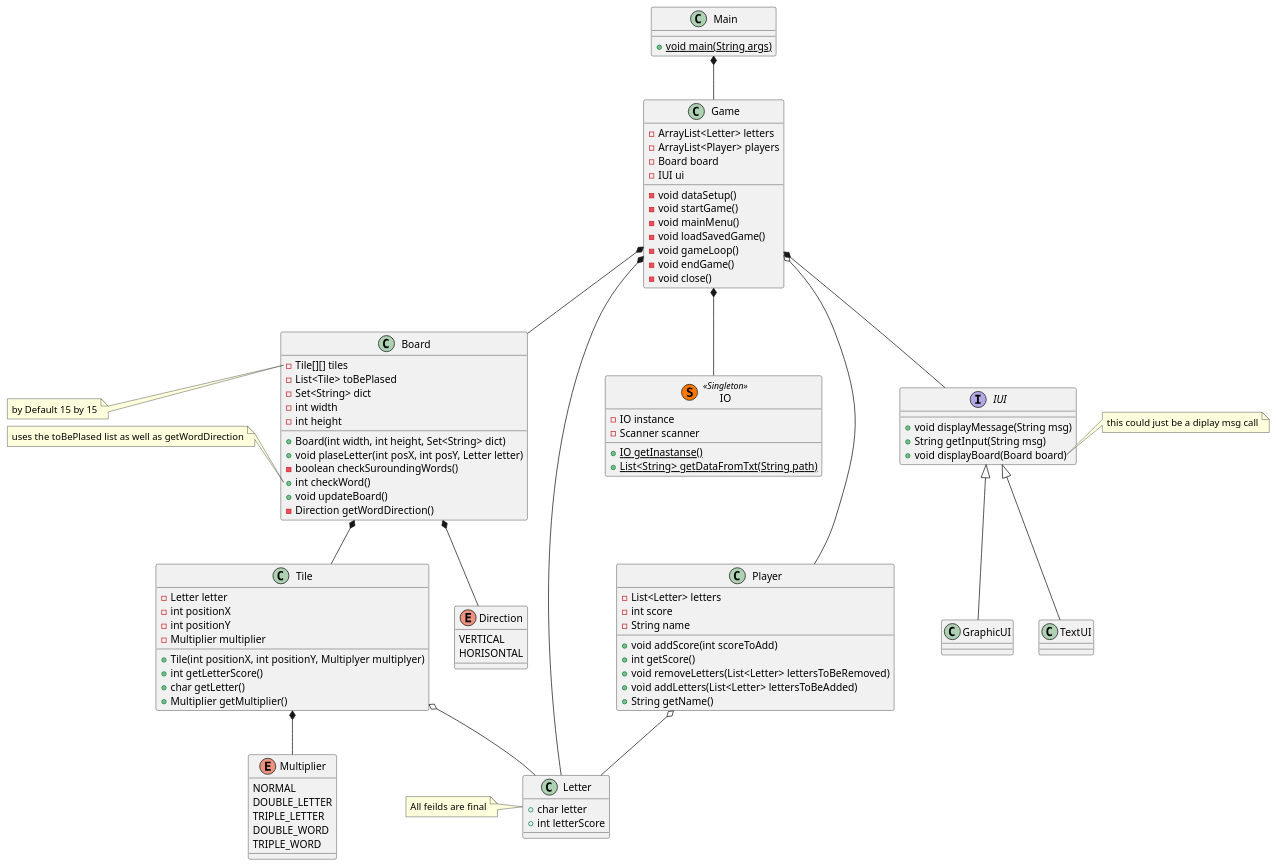
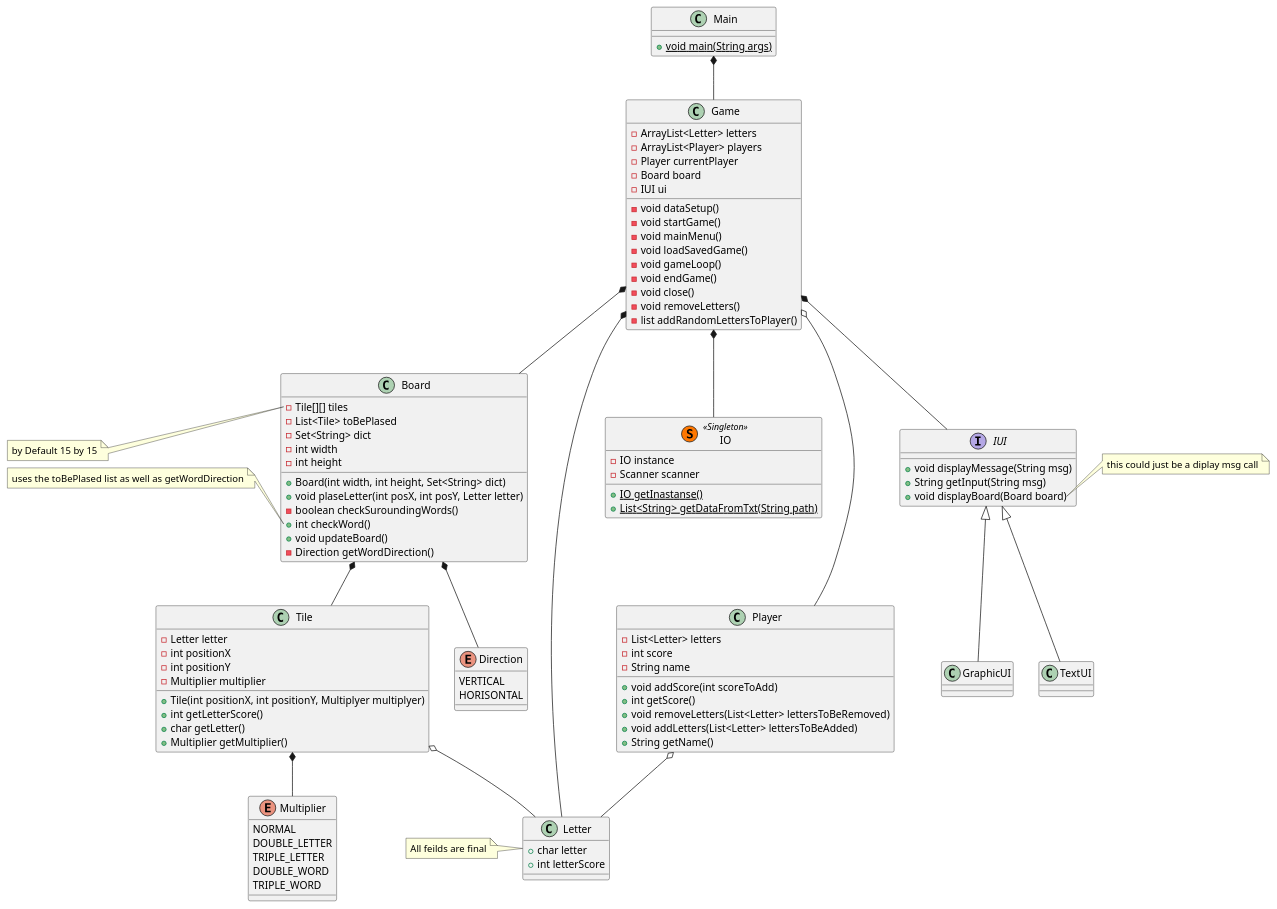
One commit to cph-dh223/ICE changed the diagram in doc/classdiagram.puml. Above: the diagram before and after it, drawn with PlantUML. The commit also changed 1 other file, not shown here.

Commit message:
Created methdos and added to classDiagram, added currentPlayer field

```diff
--- a/doc/classdiagram.puml
+++ b/doc/classdiagram.puml
@@ -1,123 +1,126 @@
 @startuml classDiagram
 
 class Main{
     +{static} void main(String args)
 }
 
 class Game{
     - ArrayList<Letter> letters
     - ArrayList<Player> players
+    - Player currentPlayer
     - Board board
     - IUI ui
 
     - void dataSetup()
     - void startGame()
     - void mainMenu()
     - void loadSavedGame()
     - void gameLoop()
     - void endGame()
     - void close()
+    - void removeLetters()
+    - list addRandomLettersToPlayer()
 }
 interface IUI{
     + void displayMessage(String msg)
     + String getInput(String msg)
     + void displayBoard(Board board)
 }
 note right of IUI::displayBoard
     this could just be a diplay msg call
 end note
 
 class GraphicUI{}
 
 class TextUI{}
 
 class IO << (S,#FF7700) Singleton >>{
     - IO instance
     - Scanner scanner
 
     + {static} IO getInastanse()
     + {static} List<String> getDataFromTxt(String path)
 }
 
 class Tile{
     - Letter letter
     - int positionX 
     - int positionY
     - Multiplier multiplier
 
     + Tile(int positionX, int positionY, Multiplyer multiplyer)
     + int getLetterScore()
     + char getLetter()
     + Multiplier getMultiplier()
 }
 enum Multiplier {
     NORMAL
     DOUBLE_LETTER
     TRIPLE_LETTER
     DOUBLE_WORD
     TRIPLE_WORD
 }
 
 class Board{
     - Tile[][] tiles
     - List<Tile> toBePlased
     - Set<String> dict
     - int width
     - int height
 
     + Board(int width, int height, Set<String> dict)
     + void plaseLetter(int posX, int posY, Letter letter)
     - boolean checkSuroundingWords()
     + int checkWord()
     + void updateBoard()
     - Direction getWordDirection()
 }
 
 enum Direction{
     VERTICAL
     HORISONTAL
 }
 
 note left of Board::tiles
     by Default 15 by 15
 end note
 note left of Board::checkWord
     uses the toBePlased list as well as getWordDirection
 end note
 
 class Player{
     - List<Letter> letters
     - int score
     - String name
 
     + void addScore(int scoreToAdd)
     + int getScore()
     + void removeLetters(List<Letter> lettersToBeRemoved)
     + void addLetters(List<Letter> lettersToBeAdded)
     + String getName()
 
 }
 
 class Letter{
     + char letter
     + int letterScore
 }
 note left of Letter
     All feilds are final
 end note
 
 Main *-- Game
 Game o-- Player
 Game *-- Board 
 Board *-- Tile
 Board *-- Direction
 Game *-- Letter
 Player o-- Letter
 Game *-- IUI
 Game *-- IO
 IUI <|-- TextUI
 IUI <|-- GraphicUI
 Tile o-- Letter
 Tile *-- Multiplier
   
 @enduml
```
